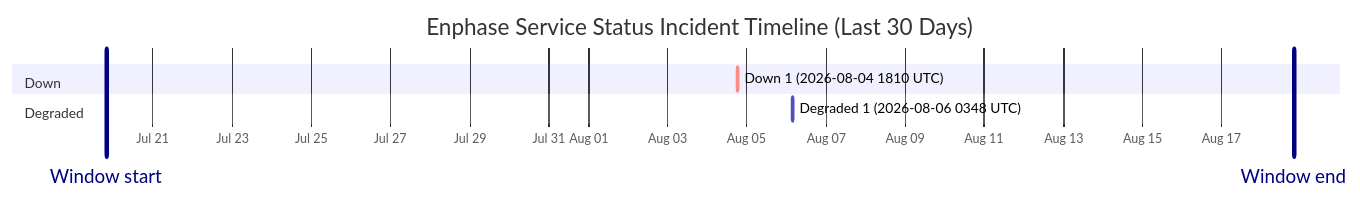
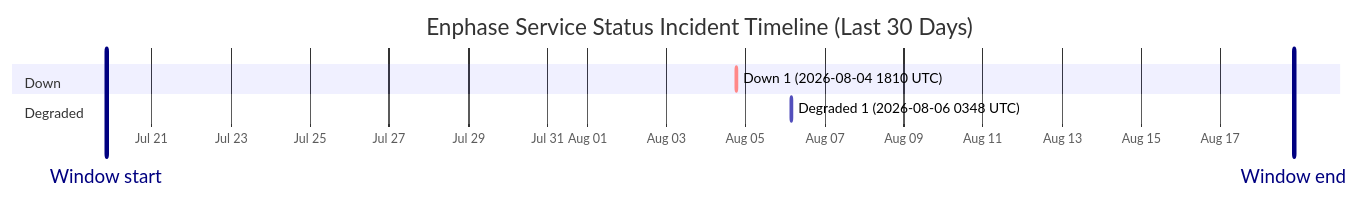
Before and after one commit to barneyonline/ha-enphase-energy: the diagram in wiki/Service-Status-History.md, drawn with Mermaid. The commit also changed other lines of this file and 3 other files, not shown here.

````diff
--- a/wiki/Service-Status-History.md
+++ b/wiki/Service-Status-History.md
@@ -14,12 +14,12 @@
 ```mermaid
 gantt
     title Enphase Service Status Incident Timeline (Last 30 Days)
     dateFormat  YYYY-MM-DDTHH:mm:ss
     axisFormat  %b %d
-    Window start :vert, window-start, 2026-07-19T19:48:41, 0ms
-    Window end :vert, window-end, 2026-08-18T19:48:41, 0ms
+    Window start :vert, window-start, 2026-07-19T20:20:45, 0ms
+    Window end :vert, window-end, 2026-08-18T20:20:45, 0ms
     section Down
     Down 1 (2026-08-04 1810 UTC) :crit, down-1, 2026-08-04T18:10:46, 60m
     section Degraded
     Degraded 1 (2026-08-06 0348 UTC) :active, degraded-1, 2026-08-06T03:48:14, 60m
 ```
````
